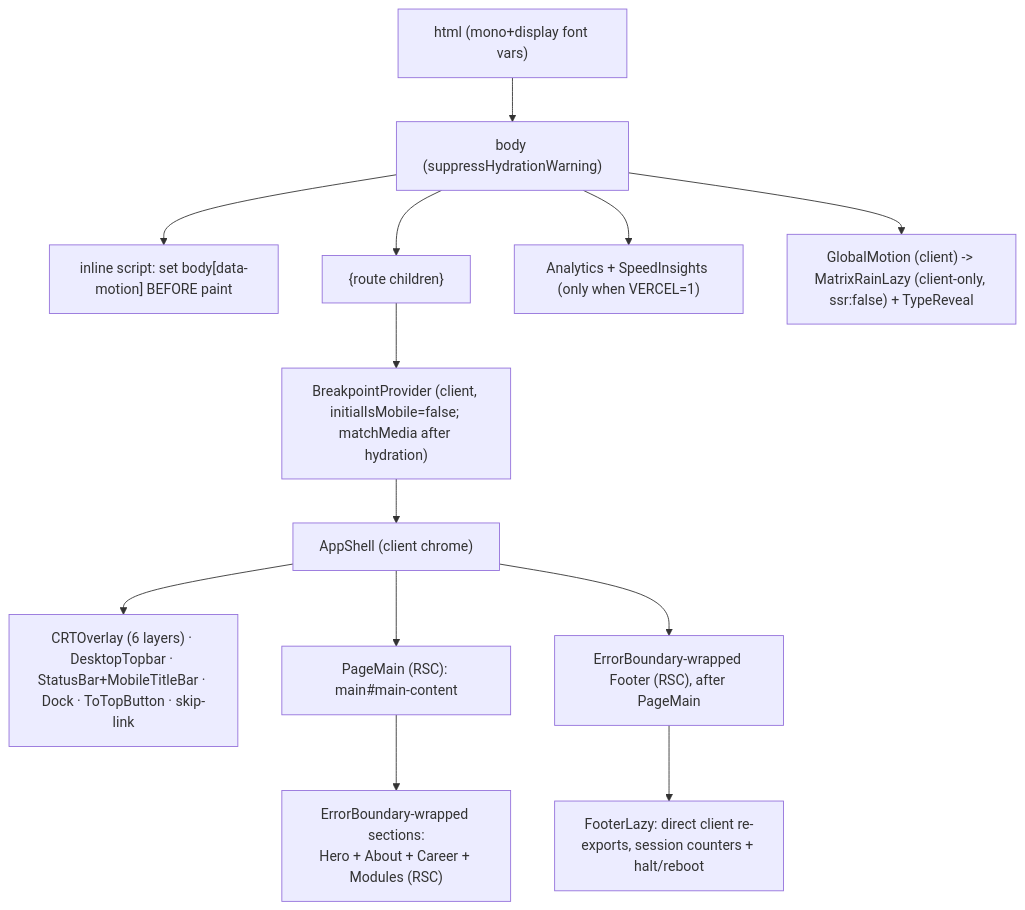
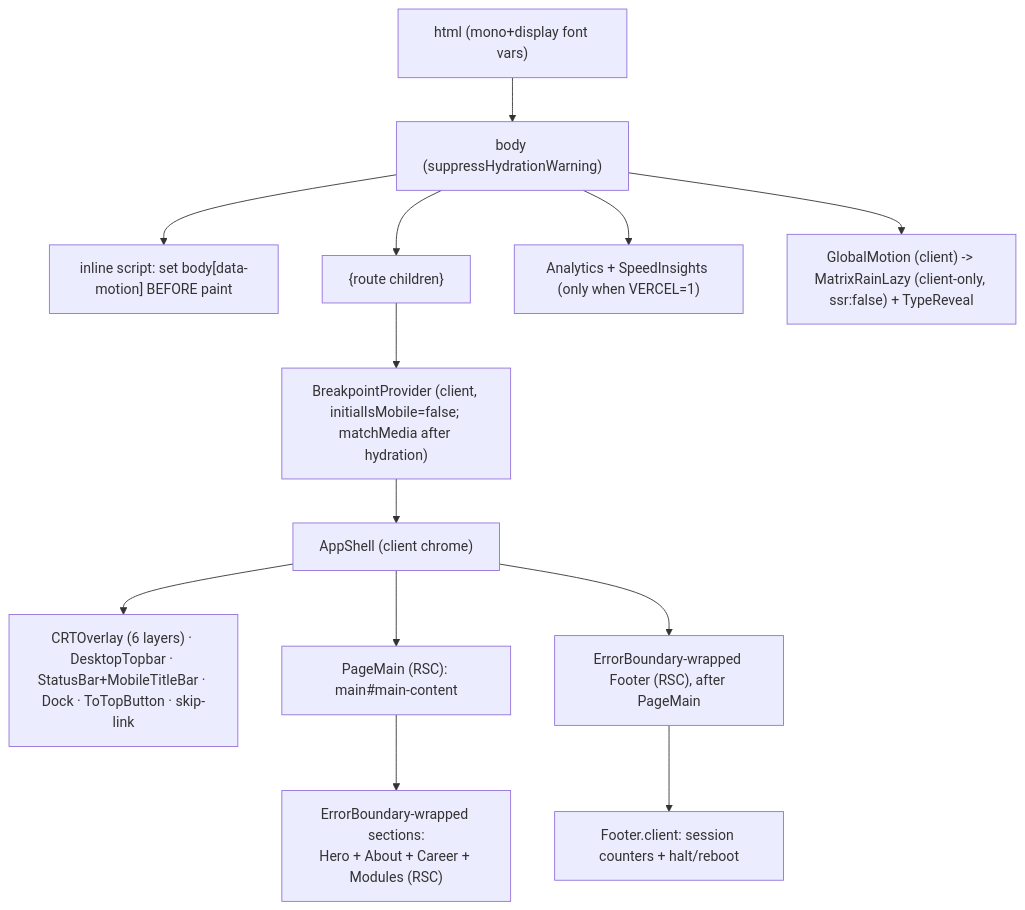
One commit to erikunha/portfolio changed the second of 6 diagrams in docs/03-rendering-and-data-flow.md. Above: the diagram before and after it, drawn with Mermaid. The commit also changed other lines of this file and 43 other files, not shown here.

````diff
--- a/docs/03-rendering-and-data-flow.md
+++ b/docs/03-rendering-and-data-flow.md
@@ -54,15 +54,15 @@
 ```mermaid
 flowchart TD
     html["html (mono+display font vars)"] --> body["body (suppressHydrationWarning)"]
     body --> boot["inline script: set body[data-motion] BEFORE paint"]
     body --> children["{route children}"]
     body --> rum["Analytics + SpeedInsights (only when VERCEL=1)"]
     body --> gm["GlobalMotion (client) -> MatrixRainLazy (client-only, ssr:false) + TypeReveal"]
     children --> bp["BreakpointProvider (client, initialIsMobile=false; matchMedia after hydration)"]
     bp --> appshell["AppShell (client chrome)"]
     appshell --> chrome["CRTOverlay (6 layers) · DesktopTopbar · StatusBar+MobileTitleBar · Dock · ToTopButton · skip-link"]
     appshell --> main["PageMain (RSC): main#main-content"]
     main --> secs["ErrorBoundary-wrapped sections:<br/>Hero + About + Career + Modules (RSC)"]
     appshell --> footer["ErrorBoundary-wrapped Footer (RSC), after PageMain"]
-    footer --> footerIslands["FooterLazy: direct client re-exports, session counters + halt/reboot"]
+    footer --> footerIslands["Footer.client: session counters + halt/reboot"]
 ```
````
